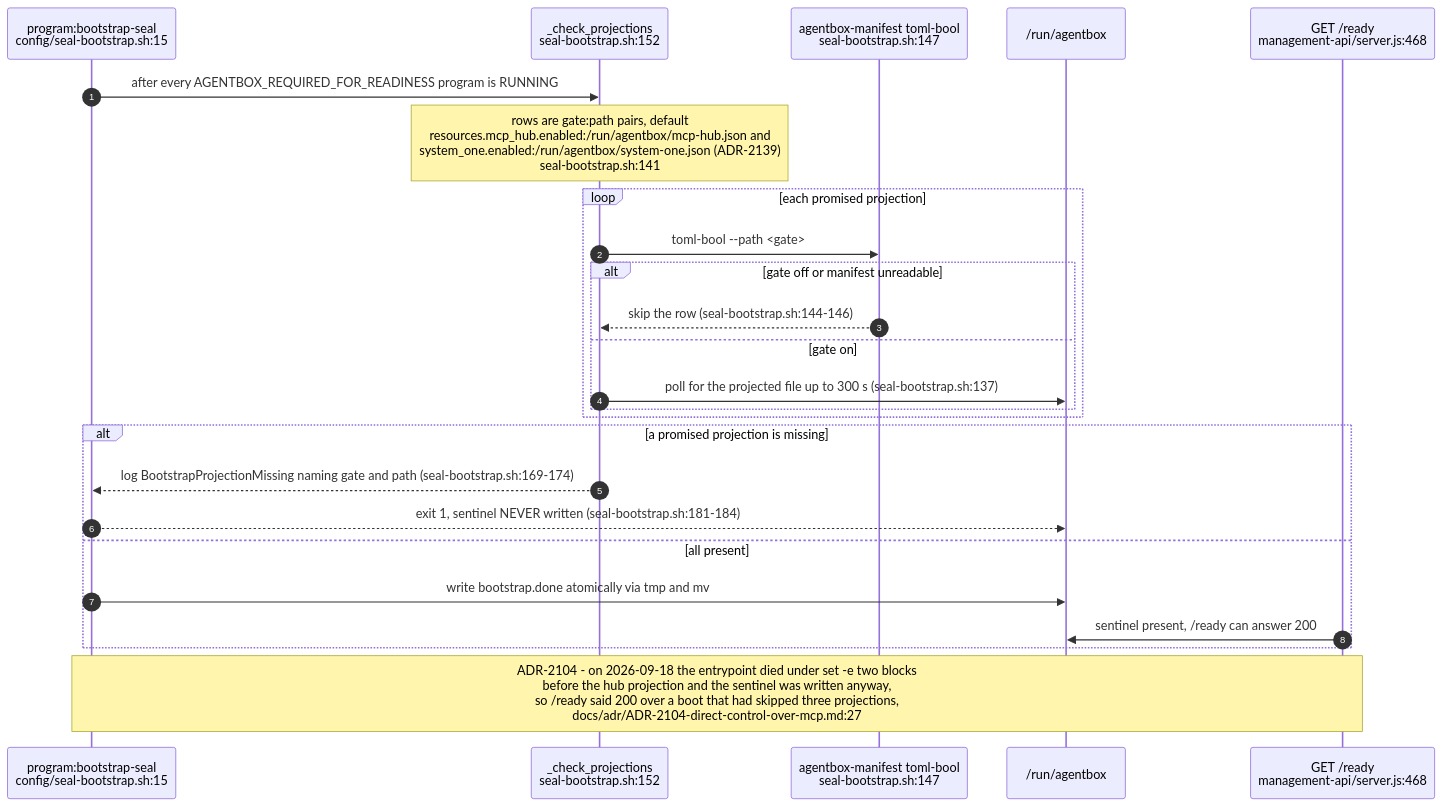
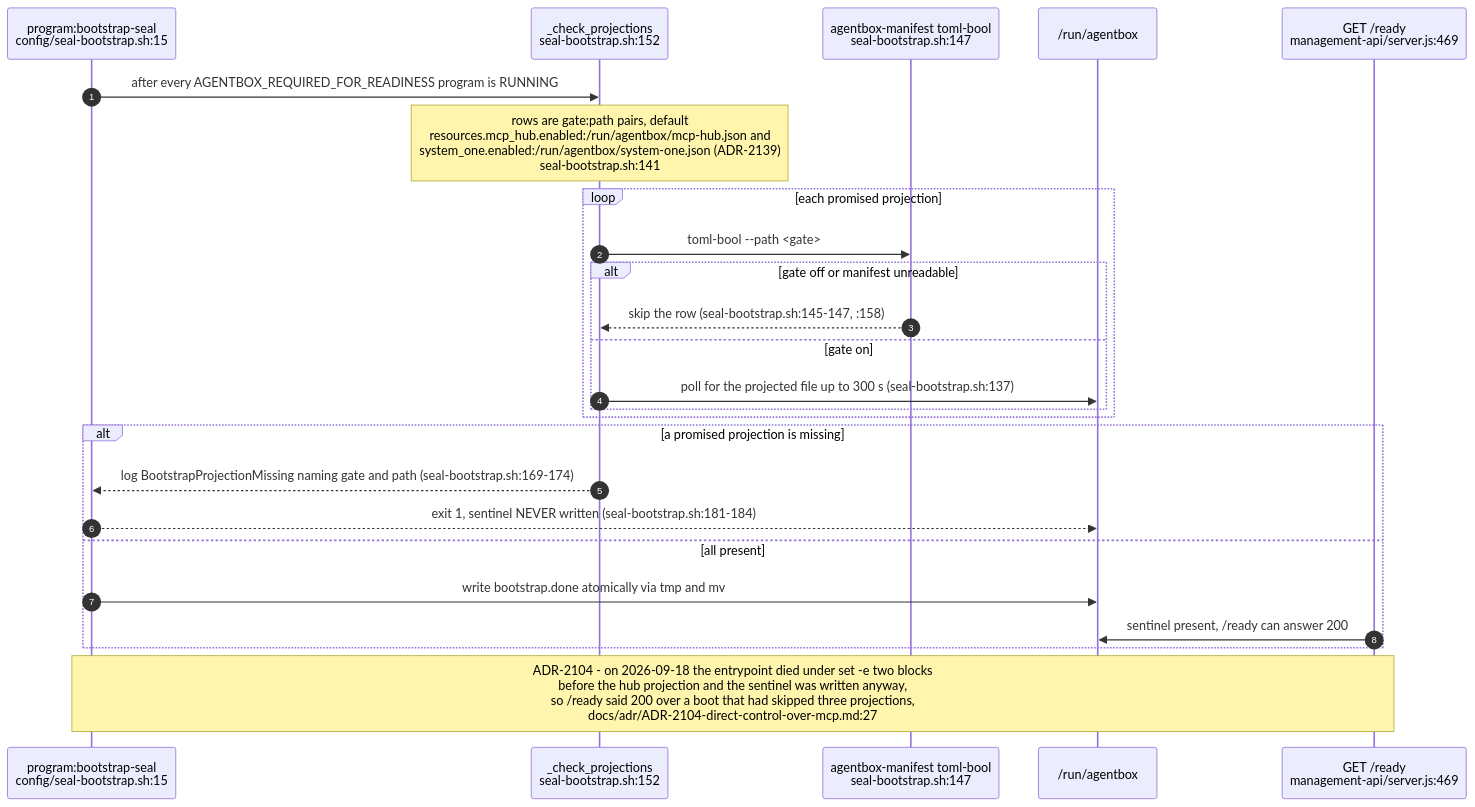
Before and after one commit to DreamLab-AI/VisionFlow: diagram 19 of 21 in docs/diagrams/agentbox/02-boot-sequence-and-readiness.md, drawn with Mermaid. The commit also changed other lines of this file and 173 other files, not shown here.

````diff
--- a/docs/diagrams/agentbox/02-boot-sequence-and-readiness.md
+++ b/docs/diagrams/agentbox/02-boot-sequence-and-readiness.md
@@ -763,28 +756,28 @@
 ```mermaid
 sequenceDiagram
     autonumber
     participant SEAL as program:bootstrap-seal<br/>config/seal-bootstrap.sh:15
     participant CP as _check_projections<br/>seal-bootstrap.sh:152
     participant AM as agentbox-manifest toml-bool<br/>seal-bootstrap.sh:147
     participant FS as /run/agentbox
-    participant RDY as GET /ready<br/>management-api/server.js:468
+    participant RDY as GET /ready<br/>management-api/server.js:469
 
     SEAL->>CP: after every AGENTBOX_REQUIRED_FOR_READINESS program is RUNNING
     Note over CP: rows are gate:path pairs, default<br/>resources.mcp_hub.enabled:/run/agentbox/mcp-hub.json and<br/>system_one.enabled:/run/agentbox/system-one.json (ADR-2139)<br/>seal-bootstrap.sh:141
     loop each promised projection
         CP->>AM: toml-bool --path <gate>
         alt gate off or manifest unreadable
-            AM-->>CP: skip the row (seal-bootstrap.sh:144-146)
+            AM-->>CP: skip the row (seal-bootstrap.sh:145-147, :158)
         else gate on
             CP->>FS: poll for the projected file up to 300 s (seal-bootstrap.sh:137)
         end
     end
     alt a promised projection is missing
         CP-->>SEAL: log BootstrapProjectionMissing naming gate and path (seal-bootstrap.sh:169-174)
         SEAL-->>FS: exit 1, sentinel NEVER written (seal-bootstrap.sh:181-184)
     else all present
         SEAL->>FS: write bootstrap.done atomically via tmp and mv
         RDY->>FS: sentinel present, /ready can answer 200
     end
     Note over SEAL,RDY: ADR-2104 - on 2026-09-18 the entrypoint died under set -e two blocks<br/>before the hub projection and the sentinel was written anyway,<br/>so /ready said 200 over a boot that had skipped three projections,<br/>docs/adr/ADR-2104-direct-control-over-mcp.md:27
 ```
````
